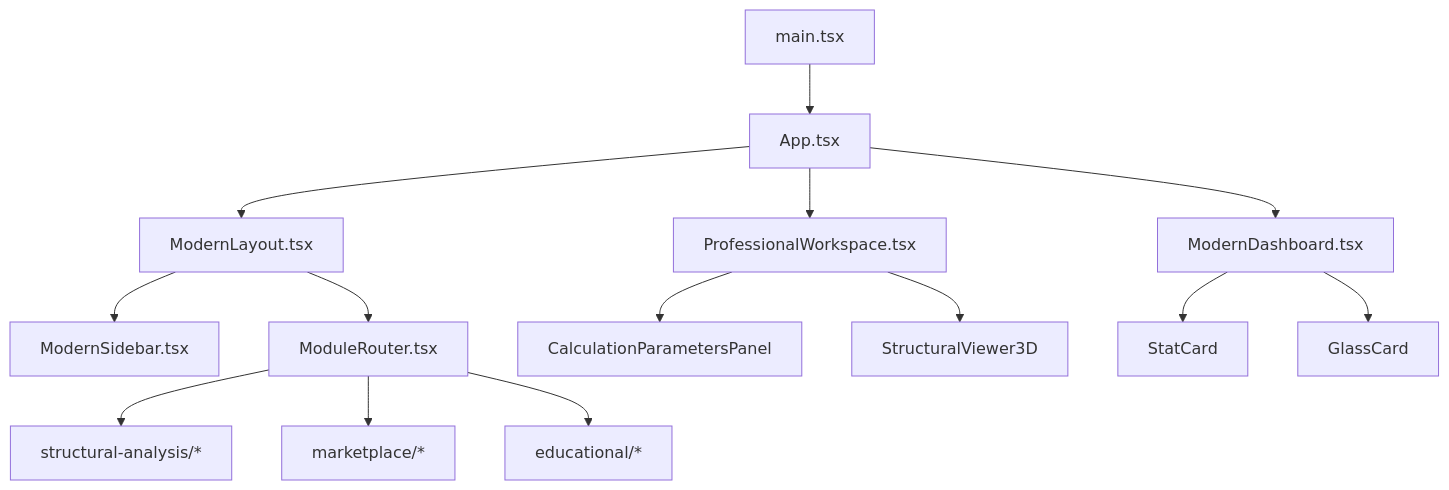
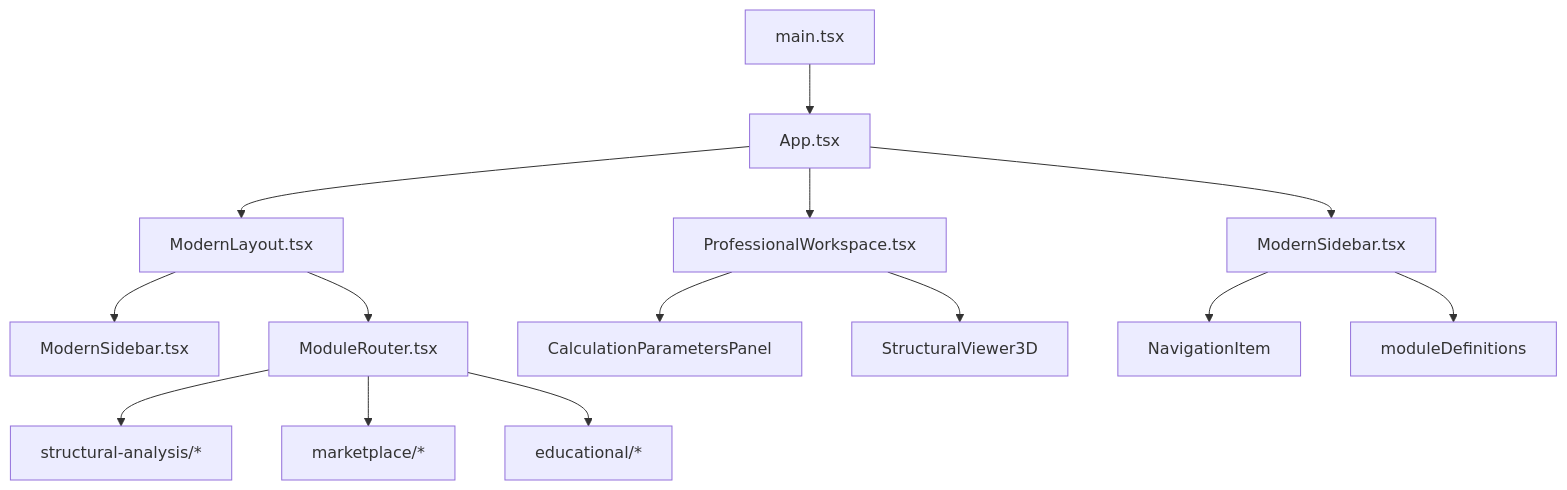
One commit to Latif080790/APP-STRUKTUR-BLACKBOX changed the sixth of 6 diagrams in .qoder/repowiki/en/content/Core Architecture/Core Architecture.md. Above: the diagram before and after it, drawn with Mermaid. The commit also changed other lines of this file and 26 other files, not shown here.

````diff
--- a/.qoder/repowiki/en/content/Core Architecture/Core Architecture.md
+++ b/.qoder/repowiki/en/content/Core Architecture/Core Architecture.md
@@ -177,16 +198,16 @@
 ```mermaid
 graph TD
 A[main.tsx] --> B[App.tsx]
 B --> C[ModernLayout.tsx]
 B --> D[ProfessionalWorkspace.tsx]
-B --> E[ModernDashboard.tsx]
+B --> E[ModernSidebar.tsx]
 C --> F[ModernSidebar.tsx]
 C --> G[ModuleRouter.tsx]
 G --> H[structural-analysis/*]
 G --> I[marketplace/*]
 G --> J[educational/*]
 D --> K[CalculationParametersPanel]
 D --> L[StructuralViewer3D]
-E --> M[StatCard]
-E --> N[GlassCard]
+E --> M[NavigationItem]
+E --> N[moduleDefinitions]
 ```
````
